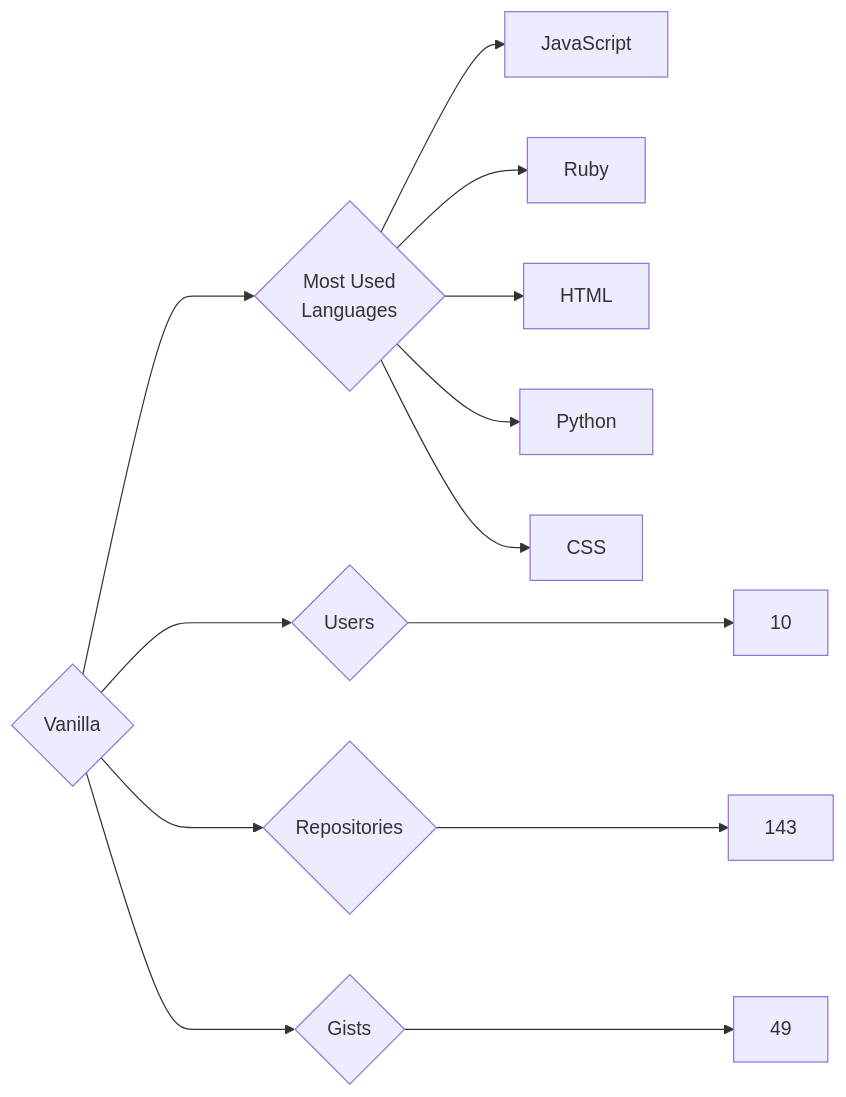
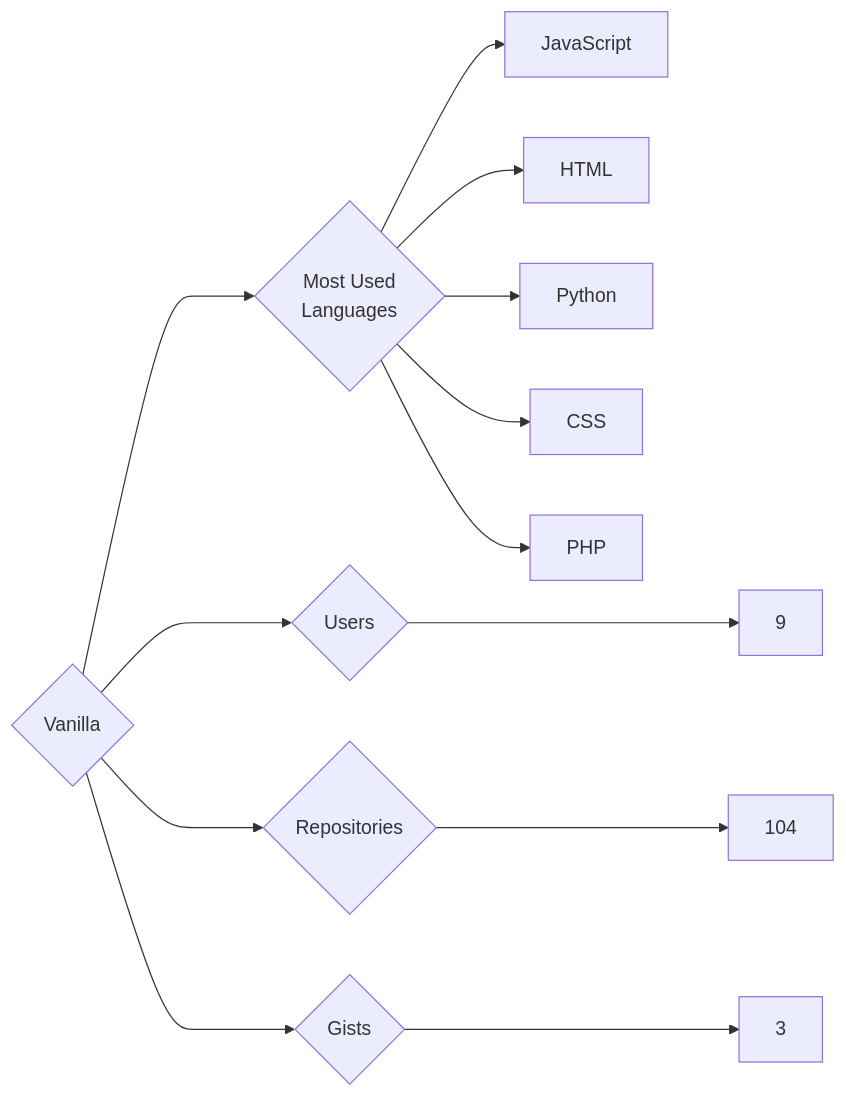
One commit to trickest/insiders changed the diagram in targets/Vanilla/README.md. Above: the diagram before and after it, drawn with Mermaid. The commit also changed 1479 other files, not shown here.

````diff
--- a/targets/Vanilla/README.md
+++ b/targets/Vanilla/README.md
@@ -3,13 +3,13 @@
 ```mermaid
 graph LR
 COMPANY_NAME{Vanilla}
-COMPANY_NAME ---> U{Users} ---> UN[10]
-COMPANY_NAME ---> R{Repositories} ---> RN[143]
-COMPANY_NAME ---> G{Gists} ---> GN[49]
+COMPANY_NAME ---> U{Users} ---> UN[9]
+COMPANY_NAME ---> R{Repositories} ---> RN[104]
+COMPANY_NAME ---> G{Gists} ---> GN[3]
 COMPANY_NAME ---> ML{Most Used<br>Languages}
 ML --> JavaScript[JavaScript]
-ML --> Ruby[Ruby]
 ML --> HTML[HTML]
 ML --> Python[Python]
 ML --> CSS[CSS]
+ML --> PHP[PHP]
 ```
````
